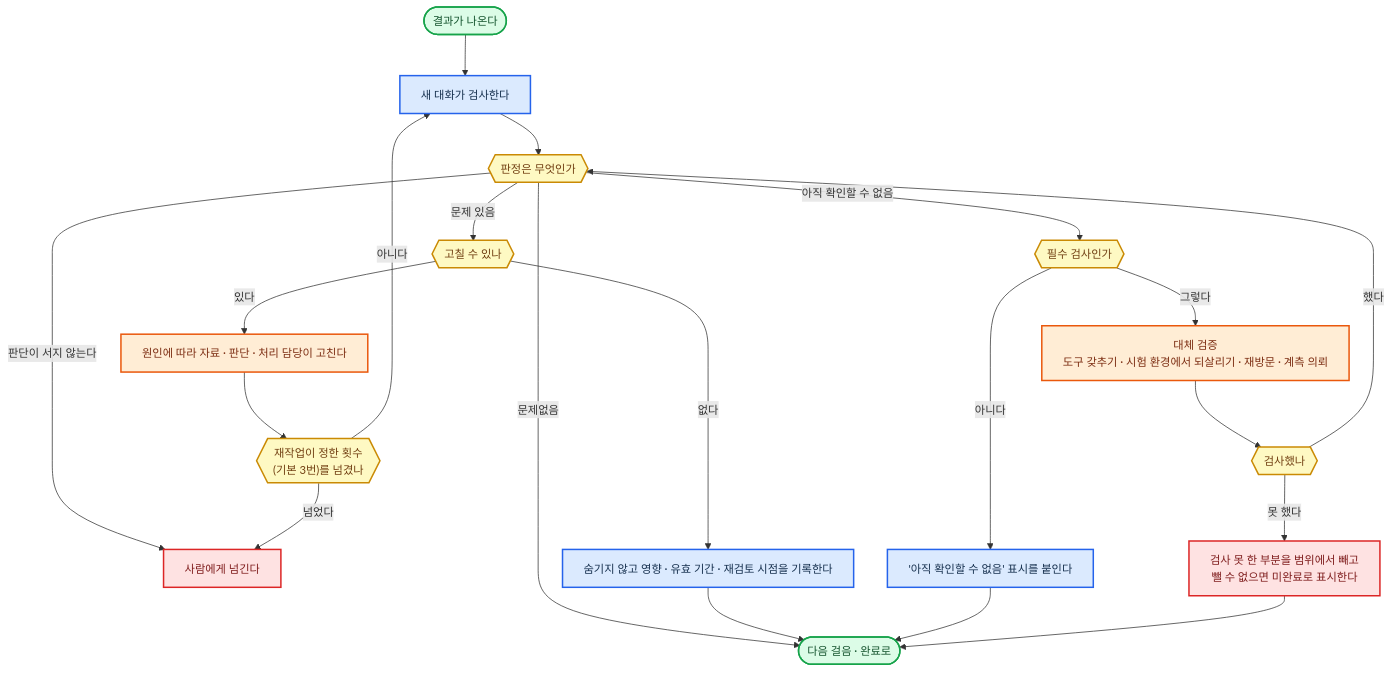
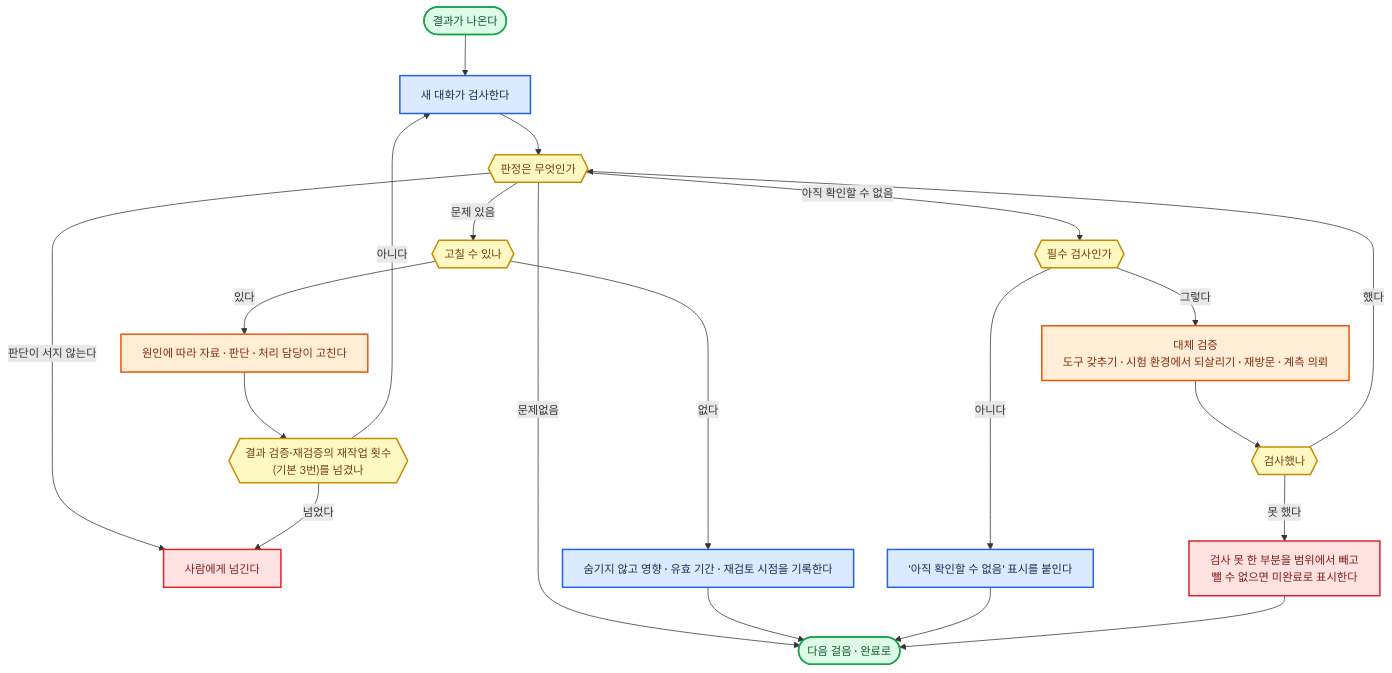
Diagram 23 of 26 in 전문가 에이전트 정의 2.md (harisbaguette/expert), drawn with Mermaid before and after one commit. The commit also changed other lines of this file and 1 other file, not shown here.

````diff
--- a/전문가 에이전트 정의 2.md
+++ b/전문가 에이전트 정의 2.md
@@ -2425,22 +2550,22 @@
 ```mermaid
 %%{init: {"flowchart": {"wrappingWidth": 640, "curve": "basis", "nodeSpacing": 45, "rankSpacing": 55, "padding": 14, "useMaxWidth": true}, "themeVariables": {"fontSize": "15px"}} }%%
 flowchart TB
     S(["결과가 나온다"]):::good --> CHK["새 대화가 검사한다"]:::main --> V{{"판정은 무엇인가"}}:::note
     V -- "문제없음" --> OK(["다음 걸음 · 완료로"]):::good
     V -- "판단이 서지 않는다" --> H["사람에게 넘긴다"]:::stop
     V -- "문제 있음" --> FQ{{"고칠 수 있나"}}:::note
-    FQ -- "있다" --> FIX["원인에 따라 자료 · 판단 · 처리 담당이 고친다"]:::back --> N{{"재작업이 정한 횟수<br/>(기본 3번)를 넘겼나"}}:::note
+    FQ -- "있다" --> FIX["원인에 따라 자료 · 판단 · 처리 담당이 고친다"]:::back --> N{{"결과 검증·재검증의 재작업 횟수<br/>(기본 3번)를 넘겼나"}}:::note
     N -- "아니다" --> CHK
     N -- "넘었다" --> H
     FQ -- "없다" --> UNF["숨기지 않고 영향 · 유효 기간 · 재검토 시점을 기록한다"]:::main --> OK
     V -- "아직 확인할 수 없음" --> M{{"필수 검사인가"}}:::note
     M -- "아니다" --> MARK["'아직 확인할 수 없음' 표시를 붙인다"]:::main --> OK
     M -- "그렇다" --> ALT["대체 검증<br/>도구 갖추기 · 시험 환경에서 되살리기 · 재방문 · 계측 의뢰"]:::back --> AQ{{"검사했나"}}:::note
     AQ -- "했다" --> V
     AQ -- "못 했다" --> CUT["검사 못 한 부분을 범위에서 빼고<br/>뺄 수 없으면 미완료로 표시한다"]:::stop --> OK
     classDef main fill:#dbeafe,stroke:#2563eb,stroke-width:2px,color:#17314f
     classDef stop fill:#fee2e2,stroke:#dc2626,stroke-width:2px,color:#7f1d1d
     classDef back fill:#ffedd5,stroke:#ea580c,stroke-width:2px,color:#7c2d12
     classDef good fill:#dcfce7,stroke:#16a34a,stroke-width:2px,color:#14532d
     classDef note fill:#fef9c3,stroke:#ca8a04,stroke-width:2px,color:#713f12
 ```
````
